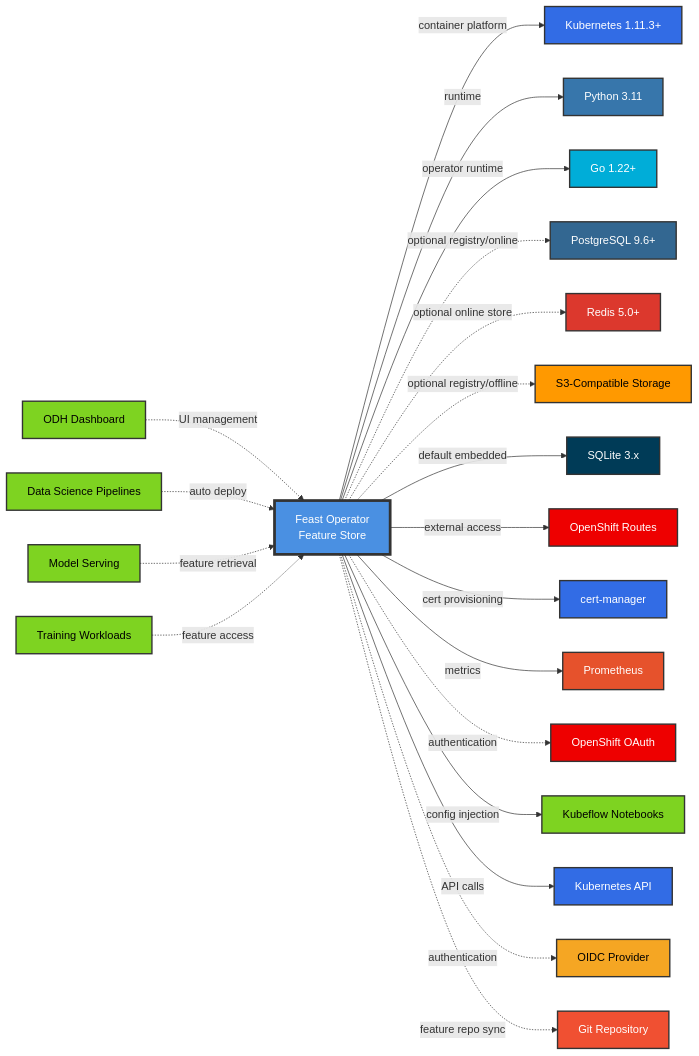
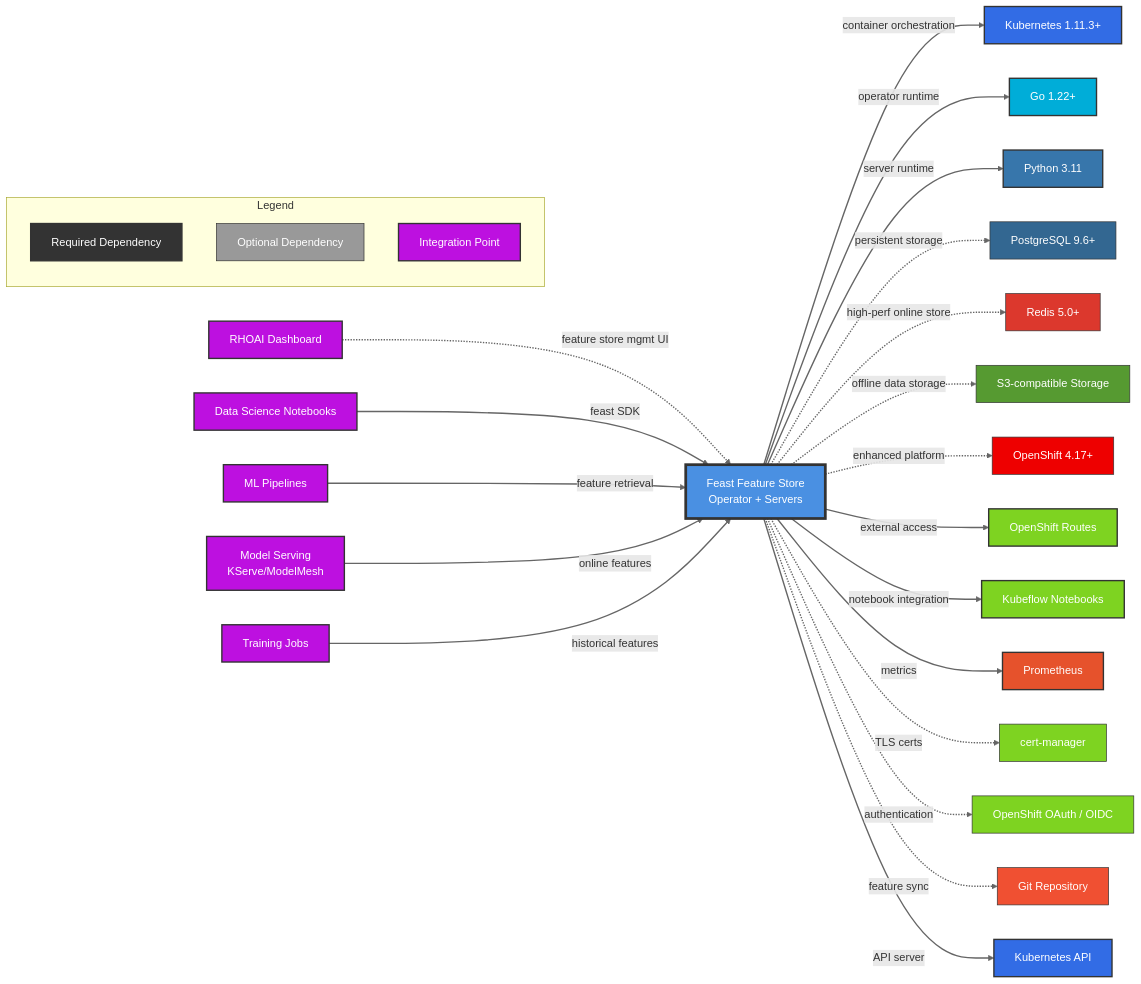
One commit to rhuss/architecture-context changed the diagram in architecture/rhoai-3.3.0/diagrams/feast-dependencies.mmd. Above: the diagram before and after it, drawn with Mermaid. The commit also changed 202 other files, not shown here.

```diff
--- a/architecture/rhoai-3.3.0/diagrams/feast-dependencies.mmd
+++ b/architecture/rhoai-3.3.0/diagrams/feast-dependencies.mmd
@@ -1,61 +1,77 @@
 graph LR
-    Feast[Feast Operator<br/>Feature Store]
+    Feast[Feast Feature Store<br/>Operator + Servers]
 
     %% External Dependencies (Required)
-    Feast -->|container platform| Kubernetes[Kubernetes 1.11.3+]
-    Feast -->|runtime| Python311[Python 3.11]
-    Feast -->|operator runtime| Go122[Go 1.22+]
+    Feast -->|container orchestration| K8s[Kubernetes 1.11.3+]
+    Feast -->|operator runtime| Go[Go 1.22+]
+    Feast -->|server runtime| Python[Python 3.11]
 
-    %% External Dependencies (Optional Storage)
-    Feast -.->|optional registry/online| PostgreSQL[PostgreSQL 9.6+]
-    Feast -.->|optional online store| Redis[Redis 5.0+]
-    Feast -.->|optional registry/offline| S3[S3-Compatible Storage]
-    Feast -->|default embedded| SQLite[SQLite 3.x]
+    %% External Dependencies (Optional)
+    Feast -.->|persistent storage| PostgreSQL[PostgreSQL 9.6+]
+    Feast -.->|high-perf online store| Redis[Redis 5.0+]
+    Feast -.->|offline data storage| S3[S3-compatible Storage]
+    Feast -.->|enhanced platform| OpenShift[OpenShift 4.17+]
 
-    %% OpenShift/ODH Dependencies
-    Feast -->|external access| OSRoutes[OpenShift Routes]
-    Feast -->|cert provisioning| CertManager[cert-manager]
+    %% Internal RHOAI/ODH Dependencies
+    Feast -->|external access| Routes[OpenShift Routes]
+    Feast -->|notebook integration| KubeflowNB[Kubeflow Notebooks]
     Feast -->|metrics| Prometheus[Prometheus]
-    Feast -.->|authentication| OAuth[OpenShift OAuth]
+    Feast -.->|TLS certs| CertManager[cert-manager]
+    Feast -.->|authentication| OAuth[OpenShift OAuth / OIDC]
 
-    %% Internal ODH Integration Points
-    Feast -->|config injection| Notebooks[Kubeflow Notebooks]
-    Feast -->|API calls| K8sAPI[Kubernetes API]
+    %% Integration Points (Consumers)
+    Dashboard[RHOAI Dashboard] -.->|feature store mgmt UI| Feast
+    Notebooks[Data Science Notebooks] -->|feast SDK| Feast
+    Pipelines[ML Pipelines] -->|feature retrieval| Feast
+    ModelServing[Model Serving<br/>KServe/ModelMesh] -->|online features| Feast
+    Training[Training Jobs] -->|historical features| Feast
 
-    %% Optional External Services
-    Feast -.->|authentication| OIDC[OIDC Provider]
-    Feast -.->|feature repo sync| Git[Git Repository]
+    %% External Services
+    Feast -.->|feature sync| Git[Git Repository]
+    Feast -->|API server| KubeAPI[Kubernetes API]
 
-    %% Integration Consumers
-    Dashboard[ODH Dashboard] -.->|UI management| Feast
-    Pipelines[Data Science Pipelines] -.->|auto deploy| Feast
-    ModelServing[Model Serving] -.->|feature retrieval| Feast
-    TrainingWorkloads[Training Workloads] -.->|feature access| Feast
+    %% Component legend
+    subgraph Legend
+        Required[Required Dependency]
+        Optional[Optional Dependency]
+        Integration[Integration Point]
+    end
 
     %% Styling
     style Feast fill:#4a90e2,stroke:#333,stroke-width:4px,color:#fff
 
-    style Kubernetes fill:#326ce5,stroke:#333,stroke-width:2px,color:#fff
-    style Python311 fill:#3776ab,stroke:#333,stroke-width:2px,color:#fff
-    style Go122 fill:#00add8,stroke:#333,stroke-width:2px,color:#fff
+    %% External dependencies (required)
+    style K8s fill:#326ce5,stroke:#333,stroke-width:2px,color:#fff
+    style Go fill:#00add8,stroke:#333,stroke-width:2px,color:#fff
+    style Python fill:#3776ab,stroke:#333,stroke-width:2px,color:#fff
 
-    style PostgreSQL fill:#336791,stroke:#333,stroke-width:2px,color:#fff
-    style Redis fill:#dc382d,stroke:#333,stroke-width:2px,color:#fff
-    style S3 fill:#ff9900,stroke:#333,stroke-width:2px,color:#000
-    style SQLite fill:#003b57,stroke:#333,stroke-width:2px,color:#fff
+    %% External dependencies (optional)
+    style PostgreSQL fill:#336791,stroke:#333,stroke-width:1px,color:#fff
+    style Redis fill:#dc382d,stroke:#333,stroke-width:1px,color:#fff
+    style S3 fill:#569a31,stroke:#333,stroke-width:1px,color:#fff
+    style OpenShift fill:#ee0000,stroke:#333,stroke-width:1px,color:#fff
 
-    style OSRoutes fill:#ee0000,stroke:#333,stroke-width:2px,color:#fff
-    style CertManager fill:#326ce5,stroke:#333,stroke-width:2px,color:#fff
+    %% Internal RHOAI/ODH
+    style Routes fill:#7ed321,stroke:#333,stroke-width:2px,color:#fff
+    style KubeflowNB fill:#7ed321,stroke:#333,stroke-width:2px,color:#fff
     style Prometheus fill:#e6522c,stroke:#333,stroke-width:2px,color:#fff
-    style OAuth fill:#ee0000,stroke:#333,stroke-width:2px,color:#fff
+    style CertManager fill:#7ed321,stroke:#333,stroke-width:1px,color:#fff
+    style OAuth fill:#7ed321,stroke:#333,stroke-width:1px,color:#fff
 
-    style Notebooks fill:#7ed321,stroke:#333,stroke-width:2px,color:#000
-    style K8sAPI fill:#326ce5,stroke:#333,stroke-width:2px,color:#fff
+    %% Integration points
+    style Dashboard fill:#bd10e0,stroke:#333,stroke-width:2px,color:#fff
+    style Notebooks fill:#bd10e0,stroke:#333,stroke-width:2px,color:#fff
+    style Pipelines fill:#bd10e0,stroke:#333,stroke-width:2px,color:#fff
+    style ModelServing fill:#bd10e0,stroke:#333,stroke-width:2px,color:#fff
+    style Training fill:#bd10e0,stroke:#333,stroke-width:2px,color:#fff
 
-    style OIDC fill:#f5a623,stroke:#333,stroke-width:2px,color:#000
-    style Git fill:#f05032,stroke:#333,stroke-width:2px,color:#fff
+    %% External services
+    style Git fill:#f05032,stroke:#333,stroke-width:1px,color:#fff
+    style KubeAPI fill:#326ce5,stroke:#333,stroke-width:2px,color:#fff
 
-    style Dashboard fill:#7ed321,stroke:#333,stroke-width:2px,color:#000
-    style Pipelines fill:#7ed321,stroke:#333,stroke-width:2px,color:#000
-    style ModelServing fill:#7ed321,stroke:#333,stroke-width:2px,color:#000
-    style TrainingWorkloads fill:#7ed321,stroke:#333,stroke-width:2px,color:#000
+    %% Legend
+    style Required fill:#333,stroke:#333,stroke-width:2px,color:#fff
+    style Optional fill:#999,stroke:#333,stroke-width:1px,color:#fff
+    style Integration fill:#bd10e0,stroke:#333,stroke-width:2px,color:#fff
+
+    linkStyle default stroke:#666,stroke-width:2px
```
